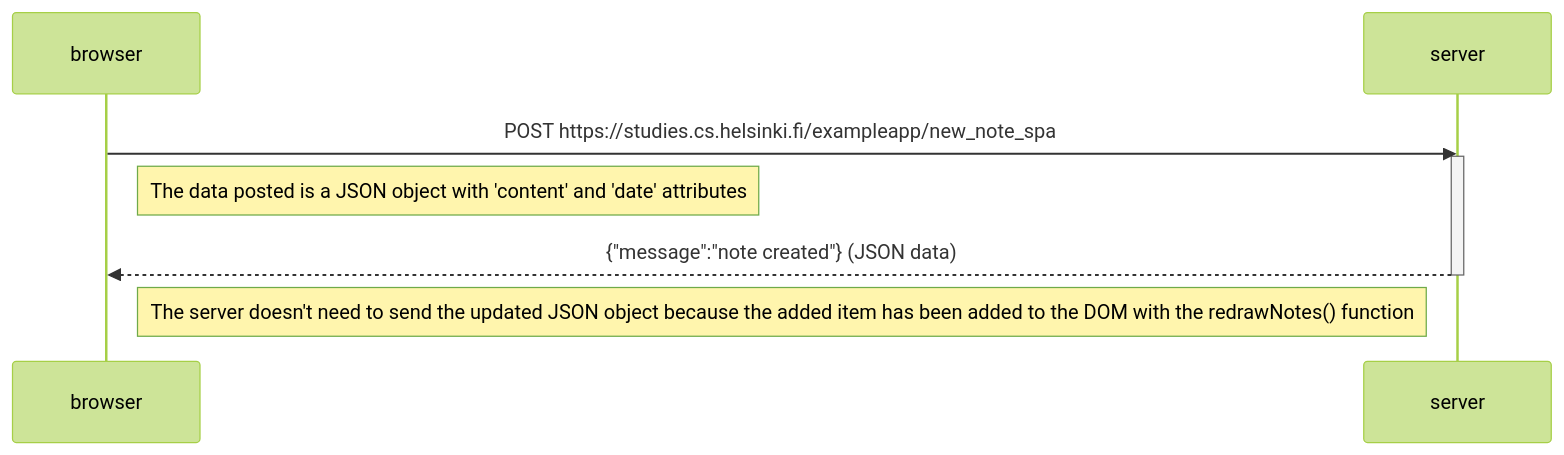
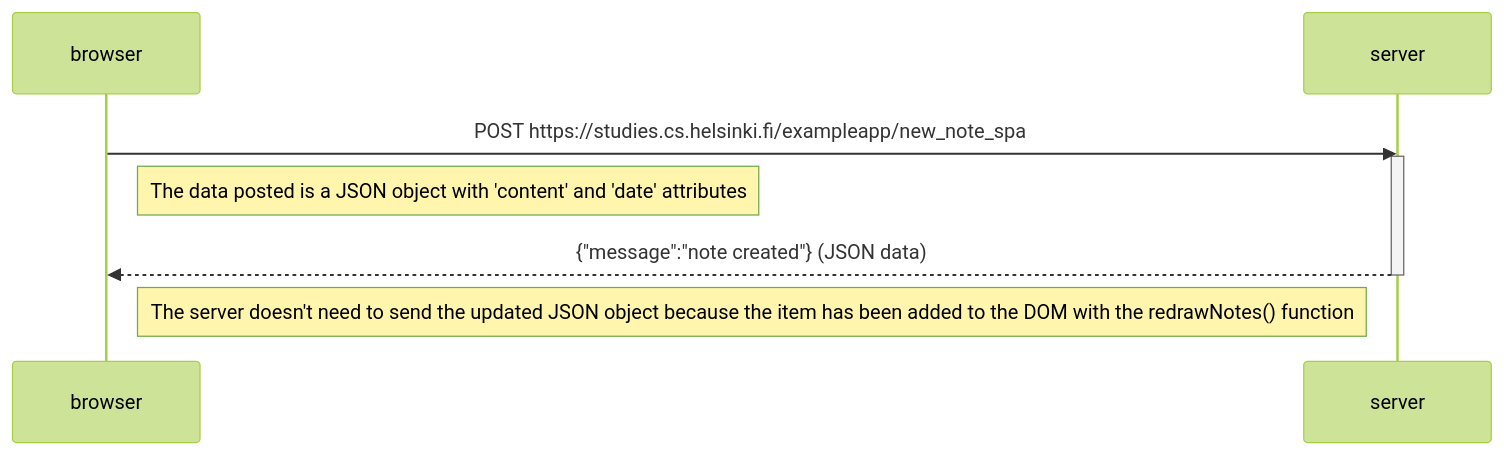
Before and after one commit to oliviertardi/fullstackopen: the diagram in part0/0.6-NewNoteSpa.md, drawn with Mermaid (forest theme).

Commit message:
correction

````diff
--- a/part0/0.6-NewNoteSpa.md
+++ b/part0/0.6-NewNoteSpa.md
@@ -1,16 +1,16 @@
 ```mermaid
 sequenceDiagram
     participant browser
     participant server
 
     browser->>server: POST https://studies.cs.helsinki.fi/exampleapp/new_note_spa
     activate server
 
     Note right of browser: The data posted is a JSON object with 'content' and 'date' attributes
 
     server-->>browser: {"message":"note created"} (JSON data)
     deactivate server
 
-    Note right of browser: The server doesn't need to send the updated JSON object because the added item has been added to the DOM with the redrawNotes() function
+    Note right of browser: The server doesn't need to send the updated JSON object because the item has been added to the DOM with the redrawNotes() function
 
 ```
````
